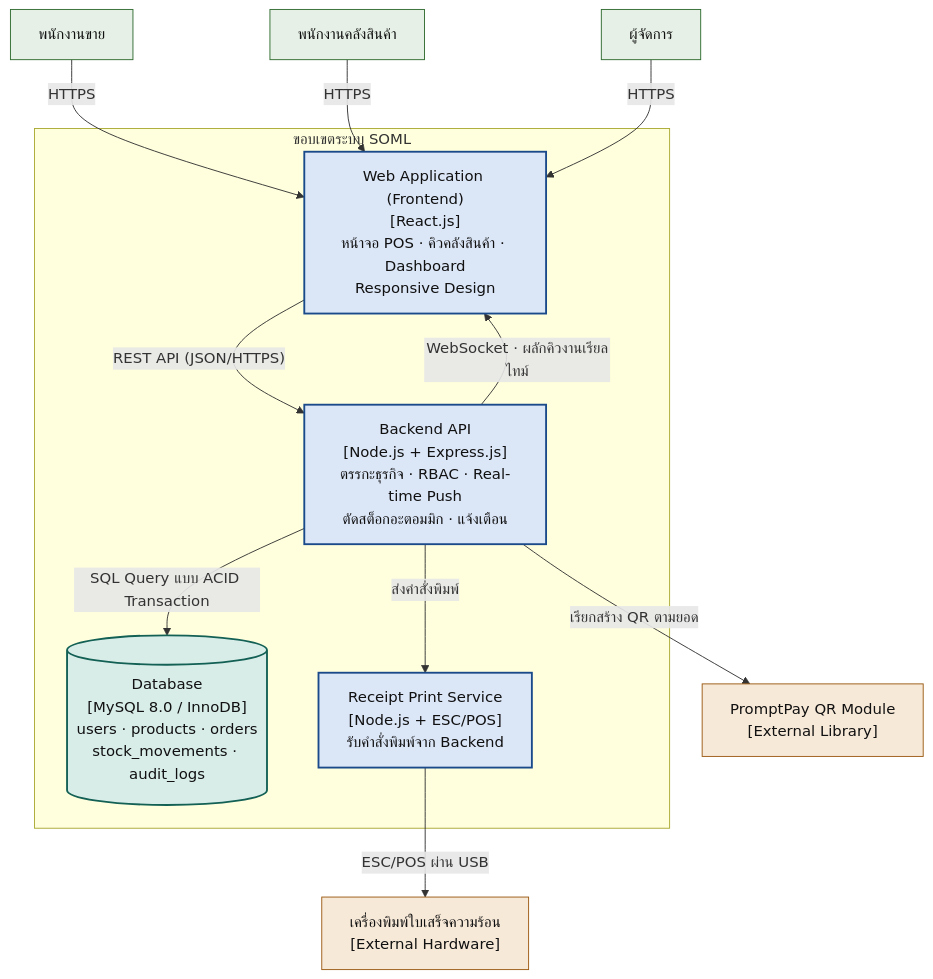
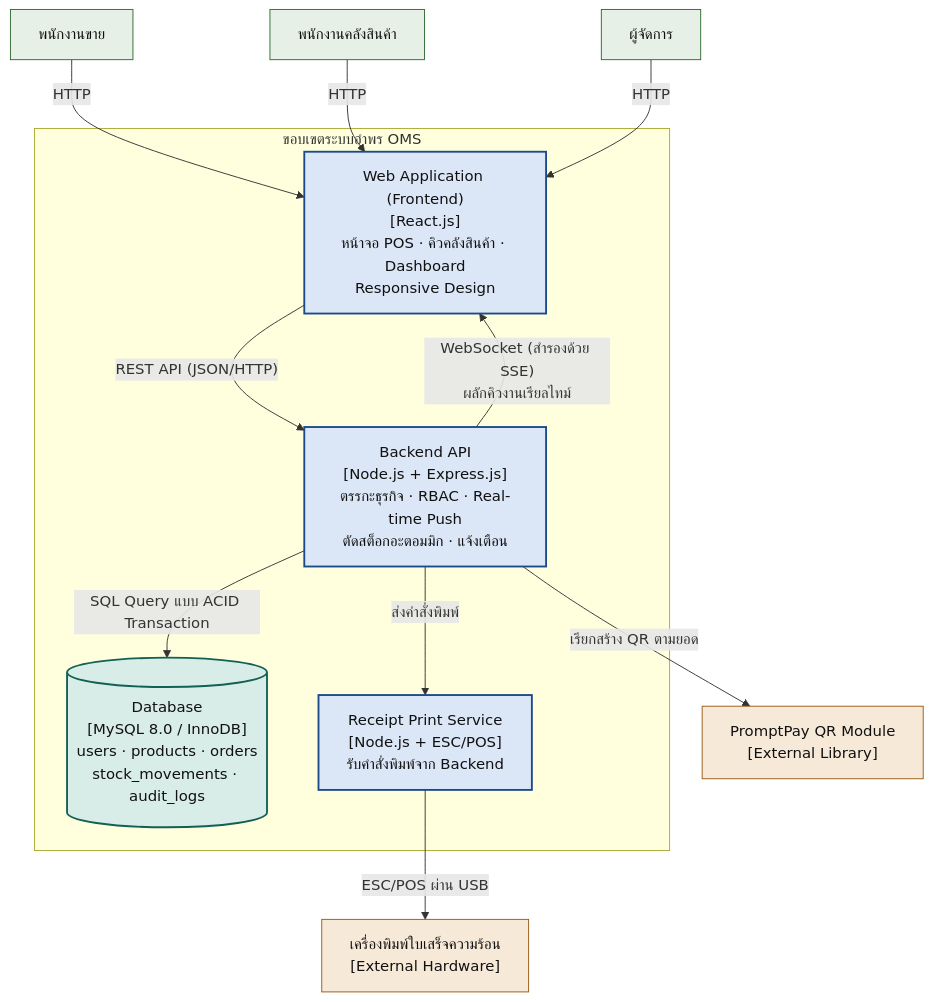
The diagram in Documents/assets/diagrams/fig3-03_c2_container.mmd (TriratWongsit/soml-pos-inventory), drawn with Mermaid before and after one commit. The commit also changed 861 other files, not shown here.

```diff
--- a/Documents/assets/diagrams/fig3-03_c2_container.mmd
+++ b/Documents/assets/diagrams/fig3-03_c2_container.mmd
@@ -1,29 +1,29 @@
 flowchart TD
     SALES["พนักงานขาย"]
     WH["พนักงานคลังสินค้า"]
     MGR["ผู้จัดการ"]
-    subgraph SOML["ขอบเขตระบบ SOML"]
+    subgraph SOML["ขอบเขตระบบอำพร OMS"]
         FE["Web Application (Frontend)<br/>[React.js]<br/>หน้าจอ POS · คิวคลังสินค้า · Dashboard<br/>Responsive Design"]
         BE["Backend API<br/>[Node.js + Express.js]<br/>ตรรกะธุรกิจ · RBAC · Real-time Push<br/>ตัดสต็อกอะตอมมิก · แจ้งเตือน"]
         DB[("Database<br/>[MySQL 8.0 / InnoDB]<br/>users · products · orders<br/>stock_movements · audit_logs")]
         PSVC["Receipt Print Service<br/>[Node.js + ESC/POS]<br/>รับคำสั่งพิมพ์จาก Backend"]
     end
     QR["PromptPay QR Module<br/>[External Library]"]
     PRN["เครื่องพิมพ์ใบเสร็จความร้อน<br/>[External Hardware]"]
-    SALES -->|"HTTPS"| FE
-    WH -->|"HTTPS"| FE
-    MGR -->|"HTTPS"| FE
-    FE -->|"REST API (JSON/HTTPS)"| BE
-    BE -->|"WebSocket · ผลักคิวงานเรียลไทม์"| FE
+    SALES -->|"HTTP"| FE
+    WH -->|"HTTP"| FE
+    MGR -->|"HTTP"| FE
+    FE -->|"REST API (JSON/HTTP)"| BE
+    BE -->|"WebSocket (สำรองด้วย SSE)<br/>ผลักคิวงานเรียลไทม์"| FE
     BE -->|"SQL Query แบบ ACID Transaction"| DB
     BE -->|"เรียกสร้าง QR ตามยอด"| QR
     BE -->|"ส่งคำสั่งพิมพ์"| PSVC
     PSVC -->|"ESC/POS ผ่าน USB"| PRN
     classDef person fill:#e6f0e6,stroke:#2f6b2f,color:#111
     classDef cont fill:#dbe6f7,stroke:#1a4a8a,stroke-width:2px,color:#111
     classDef db fill:#d8ece8,stroke:#136055,stroke-width:2px,color:#111
     classDef ext fill:#f7e9d8,stroke:#9a5a12,color:#111
     class SALES,WH,MGR person
     class FE,BE,PSVC cont
     class DB db
     class QR,PRN ext
```
